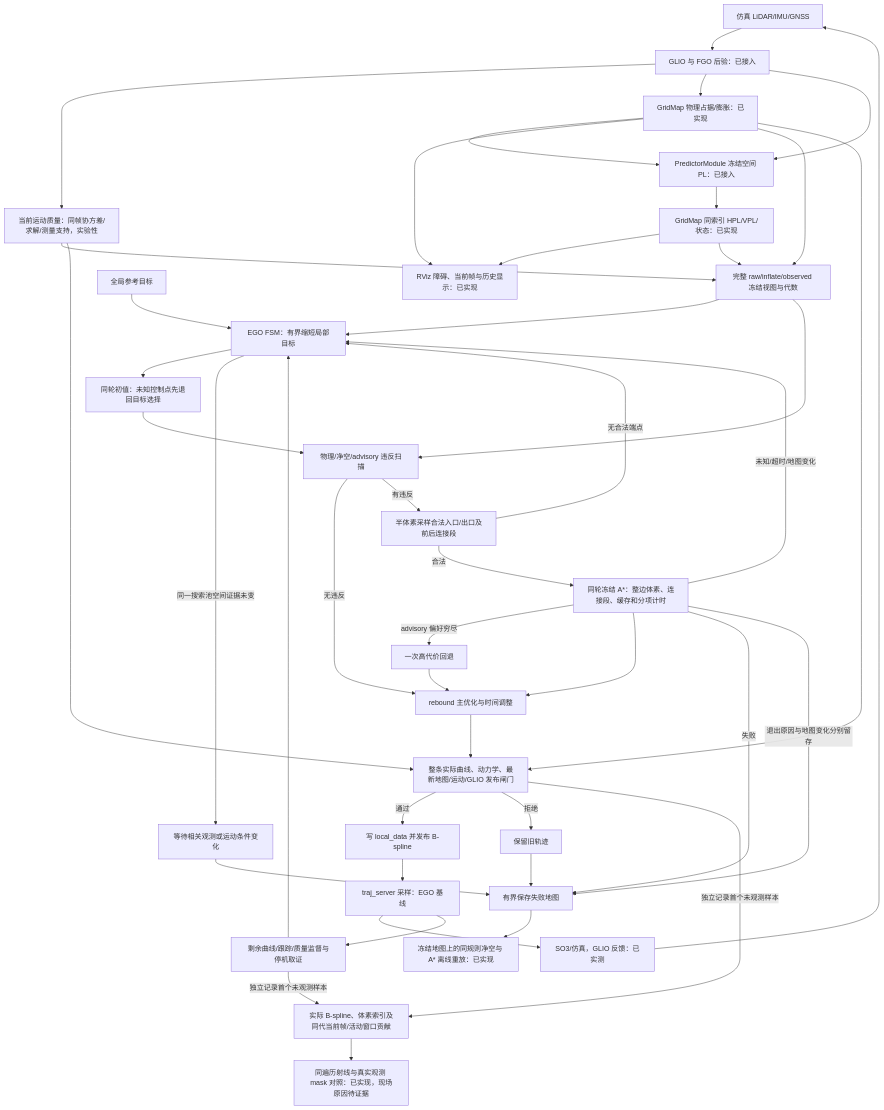
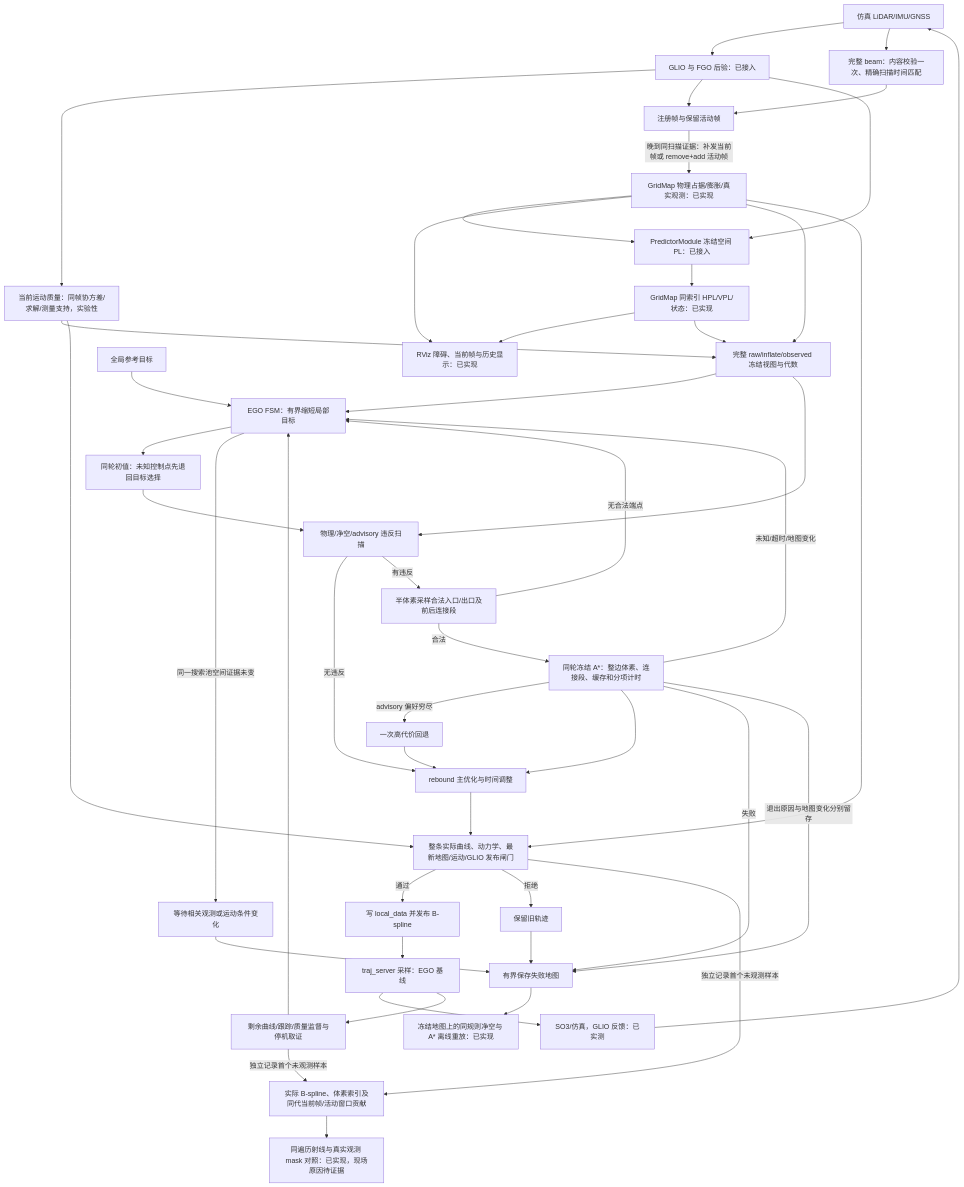
Before and after one commit to Printeger/iap: the second of 3 diagrams in docs/spec/ego_based_planning_flow.md, drawn with Mermaid. The commit also changed other lines of this file and 16 other files, not shown here.

Commit message:
Rebind late beam evidence to registered current and active scans

````diff
--- a/docs/spec/ego_based_planning_flow.md
+++ b/docs/spec/ego_based_planning_flow.md
@@ -58,46 +58,49 @@
 ```mermaid
 flowchart TD
     Sensors[仿真 LiDAR/IMU/GNSS] --> GLIO[GLIO 与 FGO 后验：已接入]
     GLIO --> Current[当前运动质量：同帧协方差/求解/测量支持，实验性]
-    GLIO --> Map[GridMap 物理占据/膨胀：已实现]
+    Sensors --> Beams[完整 beam：内容校验一次、精确扫描时间匹配]
+    GLIO --> Registered[注册帧与保留活动帧]
+    Beams --> Registered
+    Registered -->|晚到同扫描证据：补发当前帧或 remove+add 活动帧| Map[GridMap 物理占据/膨胀/真实观测：已实现]
     GLIO --> Advisory[PredictorModule 冻结空间 PL：已接入]
     Map --> Advisory
     Advisory --> Risk[GridMap 同索引 HPL/VPL/状态：已实现]
     Map --> Viz[RViz 障碍、当前帧与历史显示：已实现]
     Risk --> Viz
     Goal[全局参考目标] --> FSM[EGO FSM：有界缩短局部目标]
     Map --> Freeze[完整 raw/inflate/observed 冻结视图与代数]
     Current --> Freeze
     Risk --> Freeze
     Freeze --> FSM
     FSM --> Init[同轮初值：未知控制点先退回目标选择]
     Init --> Scan[物理/净空/advisory 违反扫描]
     Freeze --> Scan
     Scan -->|无违反| Opt[rebound 主优化与时间调整]
     Scan -->|有违反| Endpoints[半体素采样合法入口/出口及前后连接段]
     Endpoints -->|无合法端点| FSM
     Endpoints -->|合法| Search[同轮冻结 A*：整边体素、连接段、缓存和分项计时]
     Search -->|未知/超时/地图变化| FSM
     Search -->|advisory 偏好穷尽| SearchFallback[一次高代价回退]
     SearchFallback --> Opt
     Search --> Opt
     Opt --> Final[整条实际曲线、动力学、最新地图/运动/GLIO 发布闸门]
     Map --> Final
     Current --> Final
     Final -->|通过| Commit[写 local_data 并发布 B-spline]
     Final -->|拒绝| Keep[保留旧轨迹]
     FSM -->|同一搜索池空间证据未变| Wait[等待相关观测或运动条件变化]
     Wait --> Evidence[有界保存 stall 地图]
     Keep --> Evidence[有界保存失败地图]
     Search -->|失败| Evidence
     Final -->|独立记录首个未观测样本| Hole[实际 B-spline、体素索引及同代当前帧/活动窗口贡献]
     Monitor -->|独立记录首个未观测样本| Hole
     Hole --> ObservationReplay[同遍历射线与真实观测 mask 对照：已实现，现场原因待证据]
     Search -->|退出原因与地图变化分别留存| Evidence
     Evidence --> Replay[冻结地图上的同规则净空与 A* 离线重放：已实现]
     Commit --> Server[traj_server 采样：EGO 基线]
     Server --> Control[SO3/仿真，GLIO 反馈：已实测]
     Control --> Sensors
     Server --> Monitor[剩余曲线/跟踪/质量监督与停机取证]
     Monitor --> FSM
 ```
````
